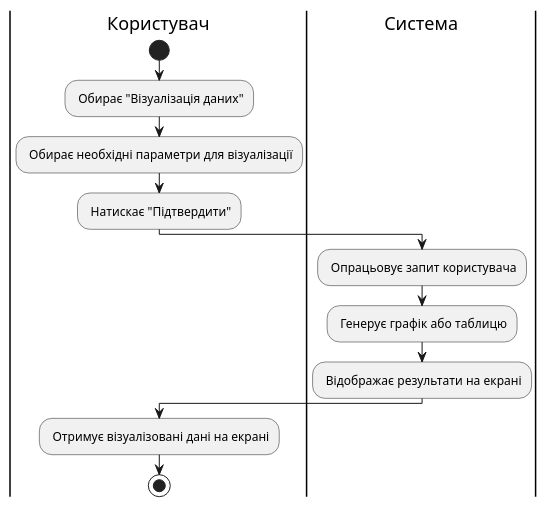
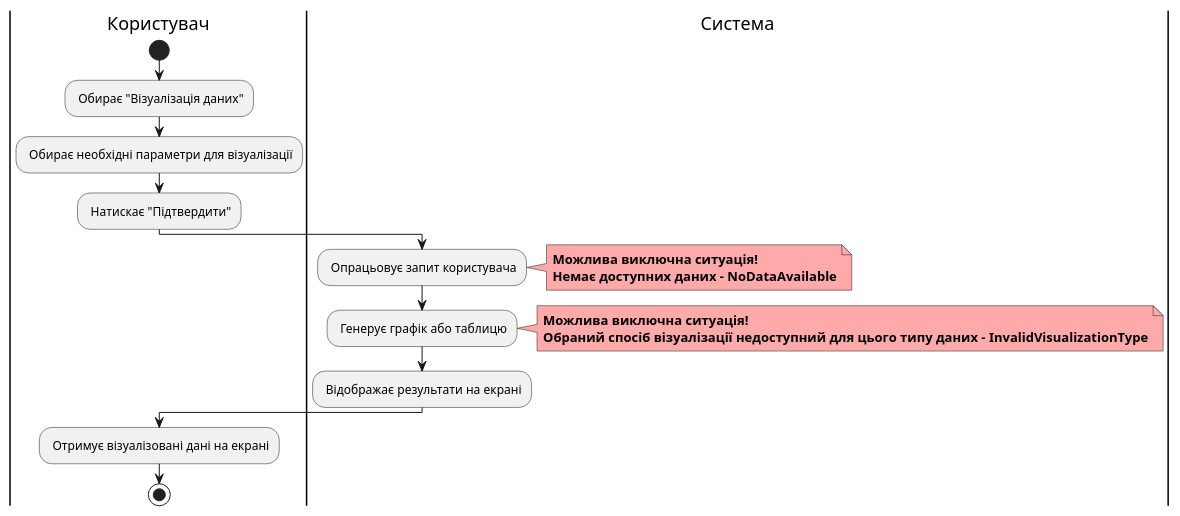
One commit to watashone/db-labs changed the ninth of 19 diagrams in docs/use cases/README.md. Above: the diagram before and after it, drawn with PlantUML. The commit also changed other lines of this file, not shown here.

````diff
--- a/docs/use cases/README.md
+++ b/docs/use cases/README.md
@@ -282,16 +282,24 @@
 ```plantuml
 @startuml
     |Користувач|
         start
         : Обирає "Візуалізація даних";
         : Обирає необхідні параметри для візуалізації;
         : Натискає "Підтвердити";
     |Система|
         : Опрацьовує запит користувача;
+        note right #ffaaaa
+        <b>Можлива виключна ситуація!</b>
+        <b>Немає доступних даних - NoDataAvailable</b>
+        end note
         : Генерує графік або таблицю;
+        note right #ffaaaa
+        <b>Можлива виключна ситуація!</b>
+        <b>Обраний спосіб візуалізації недоступний для цього типу даних - InvalidVisualizationType</b>
+        end note
         : Відображає результати на екрані;
     |Користувач|
         : Отримує візуалізовані дані на екрані;
         stop
 @enduml
 ```
````
